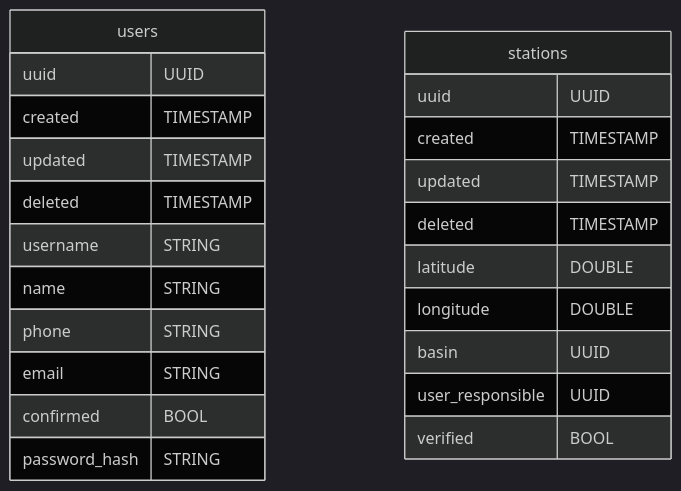
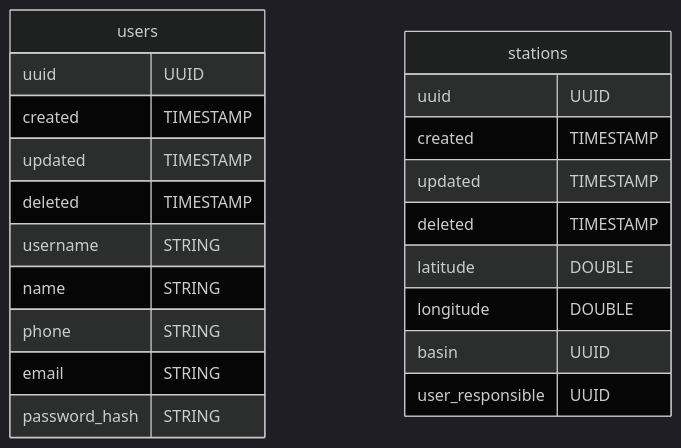
Before and after one commit to hidromatologia-v2/docs: the second of 6 diagrams in Database.md, drawn with Mermaid (dark theme).

Commit message:
docs: Removed verification from users and stations

````diff
--- a/Database.md
+++ b/Database.md
@@ -28,28 +28,26 @@
 ```mermaid
 erDiagram
 
 users {
 	uuid UUID
 	created TIMESTAMP
 	updated TIMESTAMP
 	deleted TIMESTAMP
 	username STRING
 	name STRING
 	phone STRING
 	email STRING
-	confirmed BOOL
 	password_hash STRING
 }
 
 stations {
 	uuid UUID
 	created TIMESTAMP
 	updated TIMESTAMP
 	deleted TIMESTAMP
 	latitude DOUBLE
 	longitude DOUBLE
 	basin UUID
 	user_responsible UUID
-	verified BOOL
 }
 ```
````
